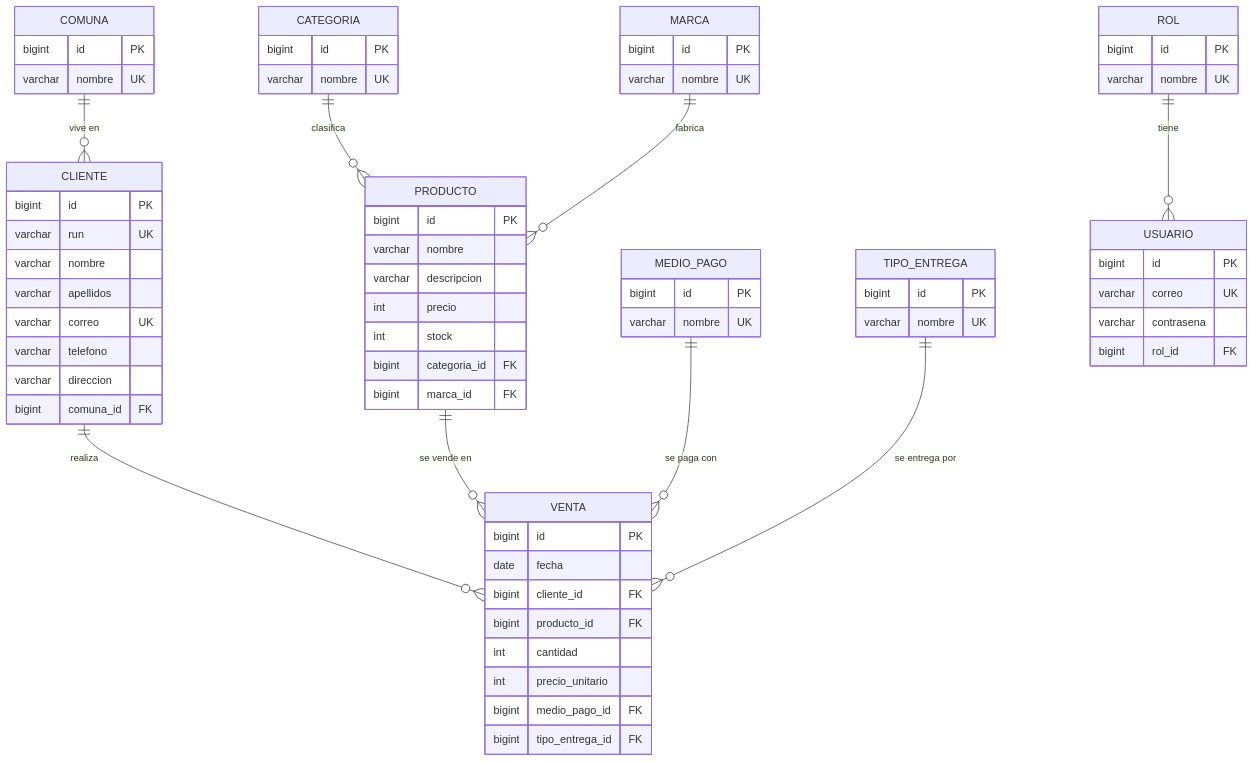
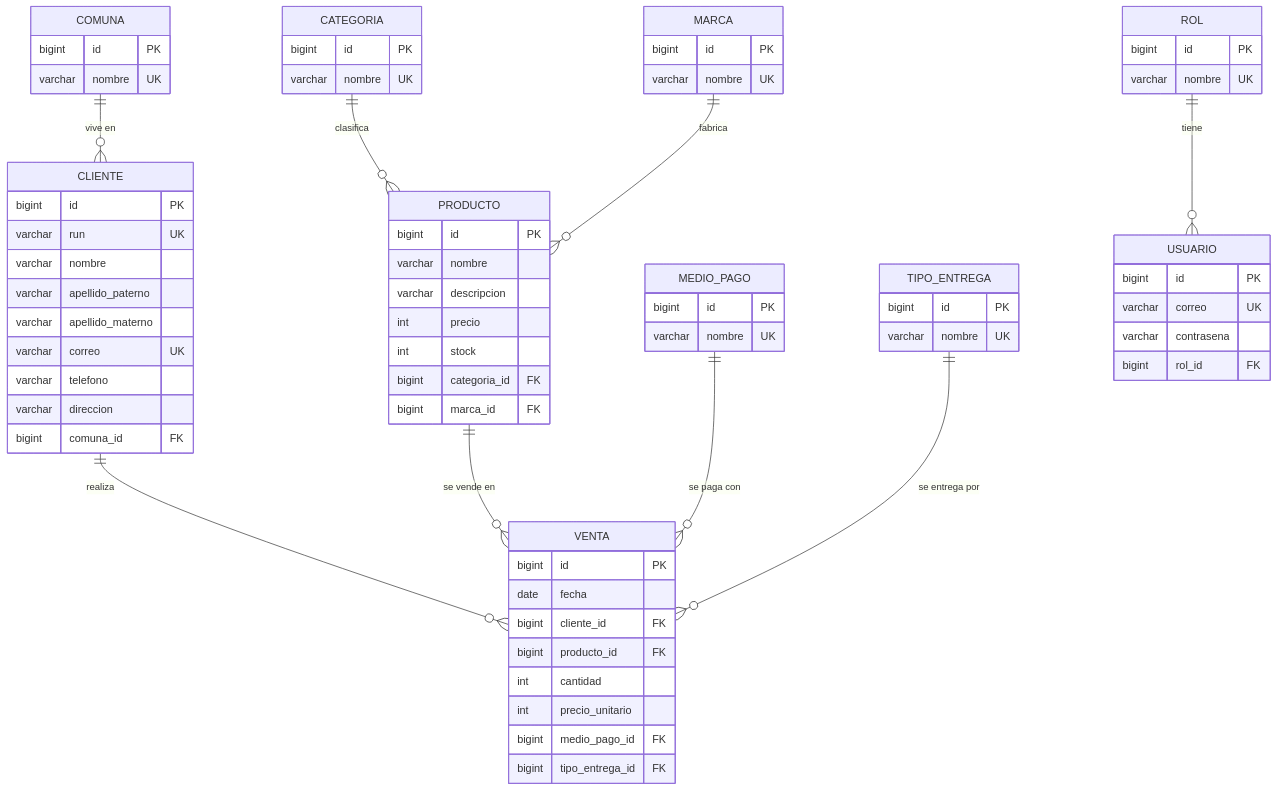
One commit to Alzortttt1204/Evaluacion-3-Full-Stack changed the diagram in backend/README.md. Above: the diagram before and after it, drawn with Mermaid. The commit also changed other lines of this file and 27 other files, not shown here.

````diff
--- a/backend/README.md
+++ b/backend/README.md
@@ -57,51 +59,52 @@
 ```mermaid
 erDiagram
     CATEGORIA    ||--o{ PRODUCTO : clasifica
     MARCA        ||--o{ PRODUCTO : fabrica
     COMUNA       ||--o{ CLIENTE  : "vive en"
     CLIENTE      ||--o{ VENTA    : realiza
     PRODUCTO     ||--o{ VENTA    : "se vende en"
     MEDIO_PAGO   ||--o{ VENTA    : "se paga con"
     TIPO_ENTREGA ||--o{ VENTA    : "se entrega por"
     ROL          ||--o{ USUARIO  : "tiene"
 
     CATEGORIA    { bigint id PK
                    varchar nombre UK }
     MARCA        { bigint id PK
                    varchar nombre UK }
     COMUNA       { bigint id PK
                    varchar nombre UK }
     MEDIO_PAGO   { bigint id PK
                    varchar nombre UK }
     TIPO_ENTREGA { bigint id PK
                    varchar nombre UK }
     PRODUCTO     { bigint id PK
                    varchar nombre
                    varchar descripcion
                    int precio
                    int stock
                    bigint categoria_id FK
                    bigint marca_id FK }
     CLIENTE      { bigint id PK
                    varchar run UK
                    varchar nombre
-                   varchar apellidos
+                   varchar apellido_paterno
+                   varchar apellido_materno
                    varchar correo UK
                    varchar telefono
                    varchar direccion
                    bigint comuna_id FK }
     VENTA        { bigint id PK
                    date fecha
                    bigint cliente_id FK
                    bigint producto_id FK
                    int cantidad
                    int precio_unitario
                    bigint medio_pago_id FK
                    bigint tipo_entrega_id FK }
     ROL          { bigint id PK
                    varchar nombre UK }
     USUARIO      { bigint id PK
                    varchar correo UK
                    varchar contrasena
                    bigint rol_id FK }
 ```
````
